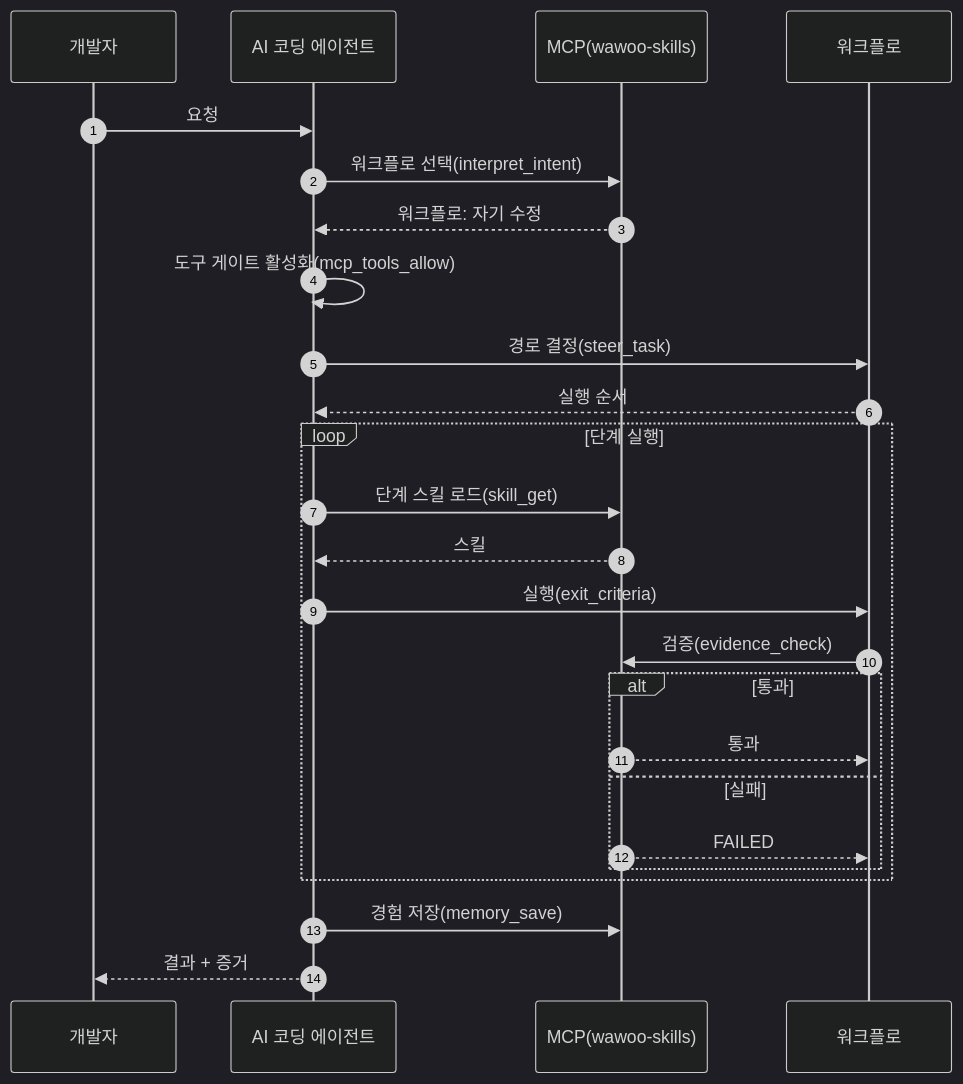
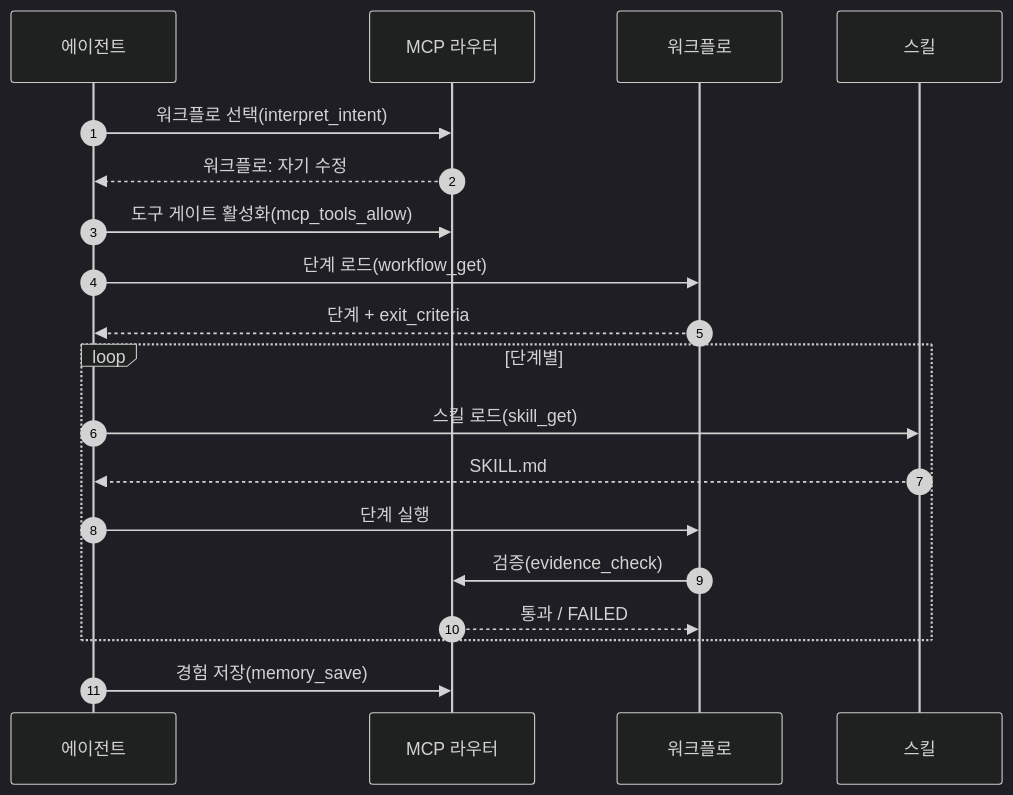
One commit to parkwoo/wawoo-agent-skills changed the diagram in README.ko.md. Above: the diagram before and after it, drawn with Mermaid (dark theme). The commit also changed 3 other files, not shown here.

Commit message:
docs: use mechanism roles as sequence-diagram participants (Agent / MCP Router / Workflow / Skill)

````diff
--- a/README.ko.md
+++ b/README.ko.md
@@ -62,27 +62,21 @@
 ```mermaid
 sequenceDiagram
     autonumber
-    participant U as 개발자
-    participant A as AI 코딩 에이전트
-    participant M as MCP(wawoo-skills)
+    participant A as 에이전트
+    participant R as MCP 라우터
     participant W as 워크플로
-    U->>A: 요청
-    A->>M: 워크플로 선택(interpret_intent)
-    M-->>A: 워크플로: 자기 수정
-    A->>A: 도구 게이트 활성화(mcp_tools_allow)
-    A->>W: 경로 결정(steer_task)
-    W-->>A: 실행 순서
-    loop 단계 실행
-        A->>M: 단계 스킬 로드(skill_get)
-        M-->>A: 스킬
-        A->>W: 실행(exit_criteria)
-        W->>M: 검증(evidence_check)
-        alt 통과
-            M-->>W: 통과
-        else 실패
-            M-->>W: FAILED
-        end
+    participant S as 스킬
+    A->>R: 워크플로 선택(interpret_intent)
+    R-->>A: 워크플로: 자기 수정
+    A->>R: 도구 게이트 활성화(mcp_tools_allow)
+    A->>W: 단계 로드(workflow_get)
+    W-->>A: 단계 + exit_criteria
+    loop 단계별
+        A->>S: 스킬 로드(skill_get)
+        S-->>A: SKILL.md
+        A->>W: 단계 실행
+        W->>R: 검증(evidence_check)
+        R-->>W: 통과 / FAILED
     end
-    A->>M: 경험 저장(memory_save)
-    A-->>U: 결과 + 증거
+    A->>R: 경험 저장(memory_save)
 ```
````
